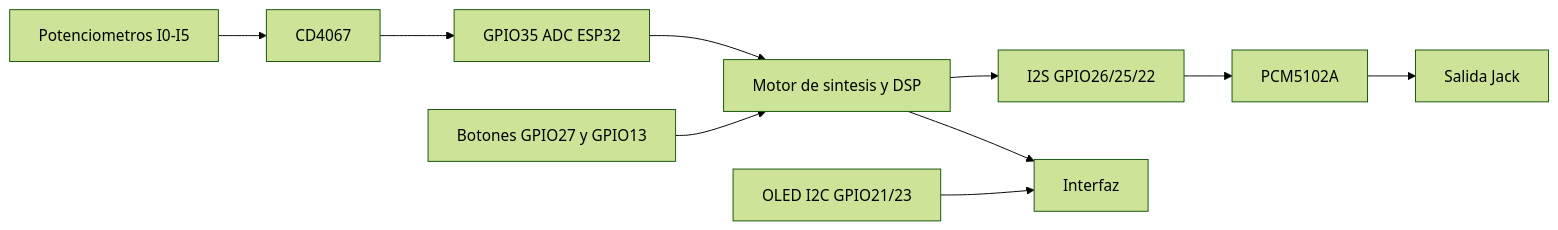
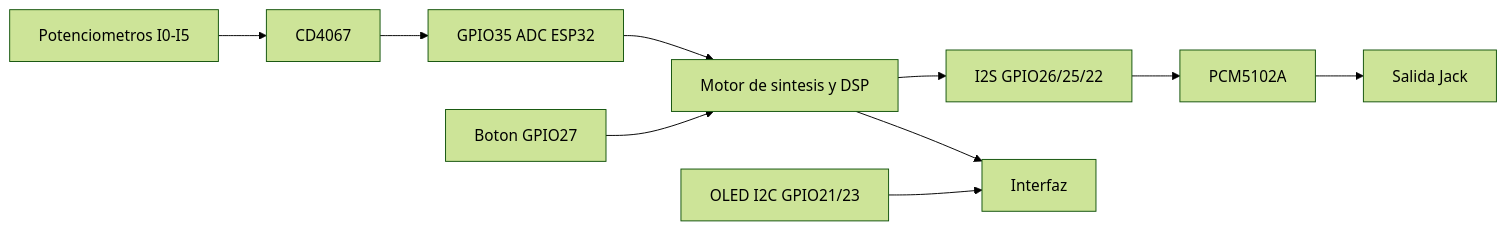
The diagram in README.md (pablex99/Synth), drawn with Mermaid (forest theme) before and after one commit. The commit also changed other lines of this file and 1 other file, not shown here.

````diff
--- a/README.md
+++ b/README.md
@@ -17,12 +18,12 @@
 ```mermaid
 flowchart LR
 	POTS[Potenciometros I0-I5] --> MUX[CD4067]
 	MUX --> ADC[GPIO35 ADC ESP32]
 	ADC --> DSP[Motor de sintesis y DSP]
 	DSP --> I2S[I2S GPIO26/25/22]
 	I2S --> DAC[PCM5102A]
 	DAC --> JACK[Salida Jack]
-	BTN[Botones GPIO27 y GPIO13] --> DSP
+	BTN[Boton GPIO27] --> DSP
 	OLED[OLED I2C GPIO21/23] --> UI[Interfaz]
 	DSP --> UI
 ```
````
